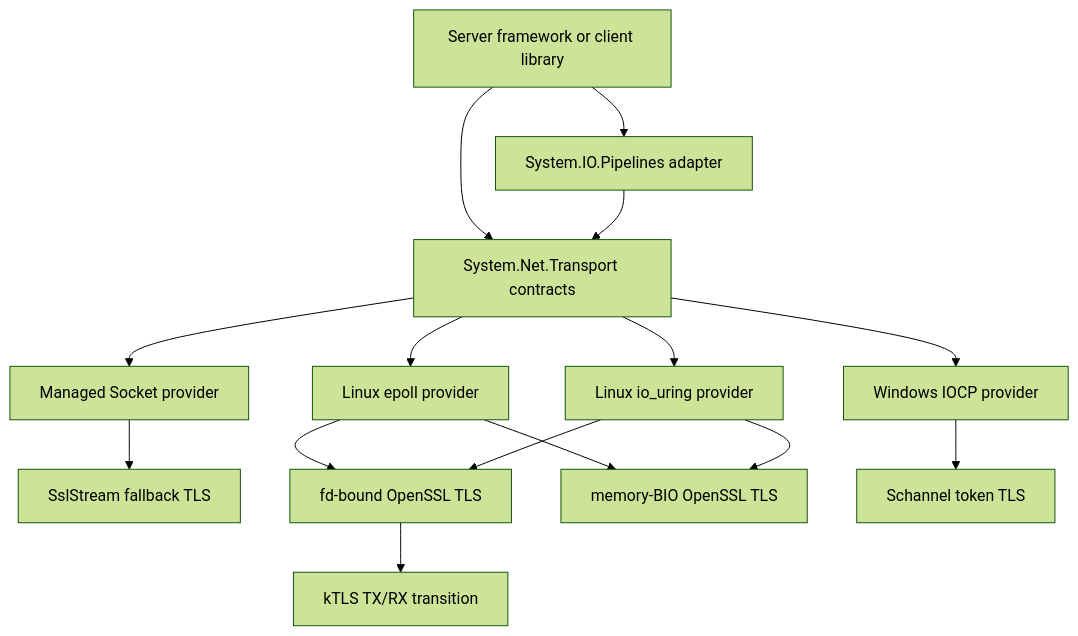
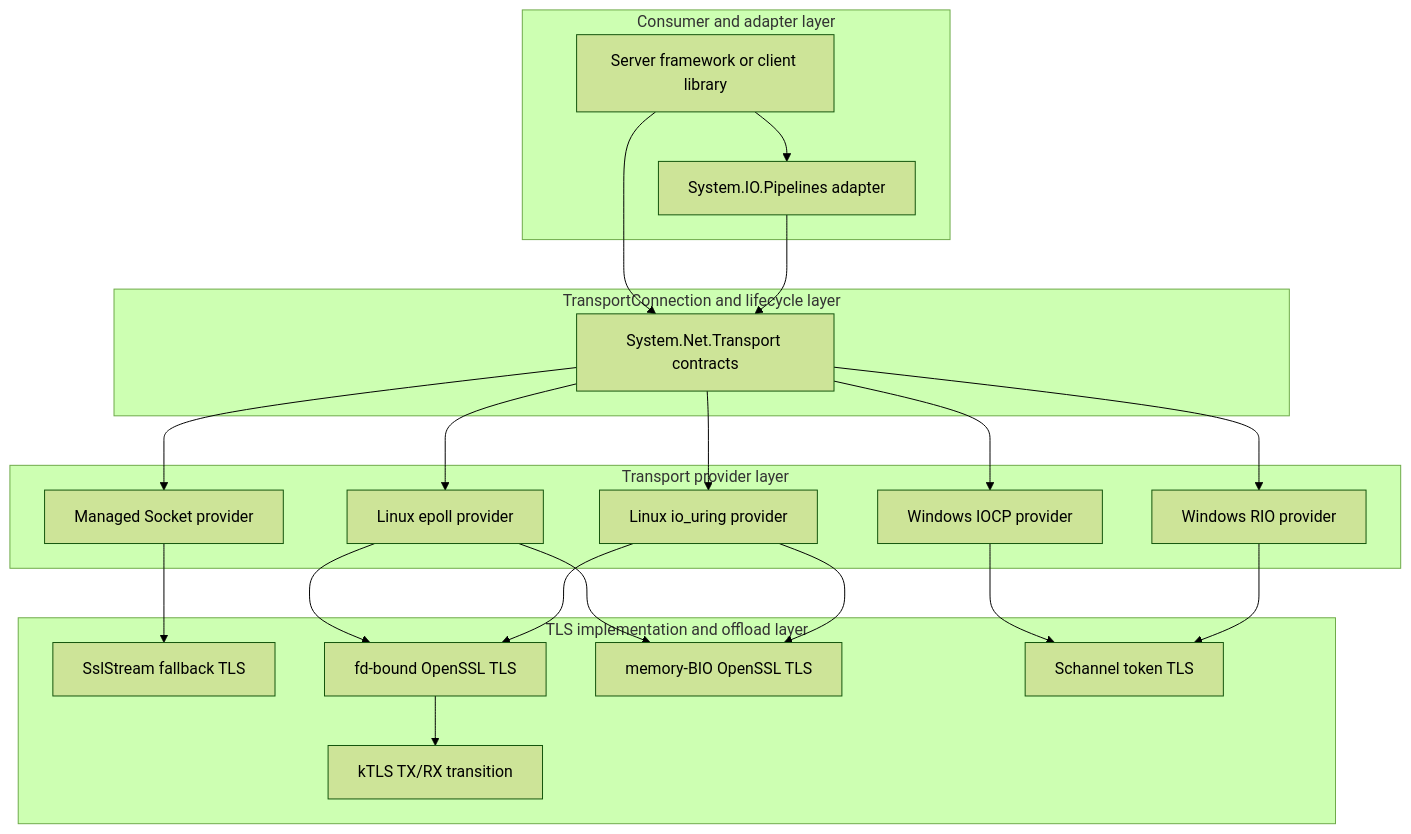
The diagram in README.md (DeagleGross/Network-Transport-Experiments), drawn with Mermaid (forest theme) before and after one commit. The commit also changed other lines of this file and 1 other file, not shown here.

Commit message:
socketset api & diagram

````diff
--- a/README.md
+++ b/README.md
@@ -123,30 +124,44 @@
 ```mermaid
 flowchart TD
-    App[Server framework or client library]
-    Pipe[System.IO.Pipelines adapter]
-    Core[System.Net.Transport contracts]
-    SocketProvider[Managed Socket provider]
-    EpollProvider[Linux epoll provider]
-    UringProvider[Linux io_uring provider]
-    IocpProvider[Windows IOCP provider]
-    Ssl[SslStream fallback TLS]
-    FdTls[fd-bound OpenSSL TLS]
-    BioTls[memory-BIO OpenSSL TLS]
-    Schannel[Schannel token TLS]
-    Ktls[kTLS TX/RX transition]
+    subgraph ConsumerLayer["Consumer and adapter layer"]
+        App[Server framework or client library]
+        Pipe[System.IO.Pipelines adapter]
+    end
+
+    subgraph ConnectionLayer["TransportConnection and lifecycle layer"]
+        Core[System.Net.Transport contracts]
+    end
+
+    subgraph ProviderLayer["Transport provider layer"]
+        SocketProvider[Managed Socket provider]
+        EpollProvider[Linux epoll provider]
+        UringProvider[Linux io_uring provider]
+        IocpProvider[Windows IOCP provider]
+        RioProvider[Windows RIO provider]
+    end
+
+    subgraph TlsImplementationLayer["TLS implementation and offload layer"]
+        Ssl[SslStream fallback TLS]
+        FdTls[fd-bound OpenSSL TLS]
+        BioTls[memory-BIO OpenSSL TLS]
+        Schannel[Schannel token TLS]
+        Ktls[kTLS TX/RX transition]
+    end
 
     App --> Core
     App --> Pipe
     Pipe --> Core
     Core --> SocketProvider
     Core --> EpollProvider
     Core --> UringProvider
     Core --> IocpProvider
+    Core --> RioProvider
     SocketProvider --> Ssl
     EpollProvider --> FdTls
     EpollProvider --> BioTls
     UringProvider --> FdTls
     UringProvider --> BioTls
     IocpProvider --> Schannel
+    RioProvider --> Schannel
     FdTls --> Ktls
 ```
````
